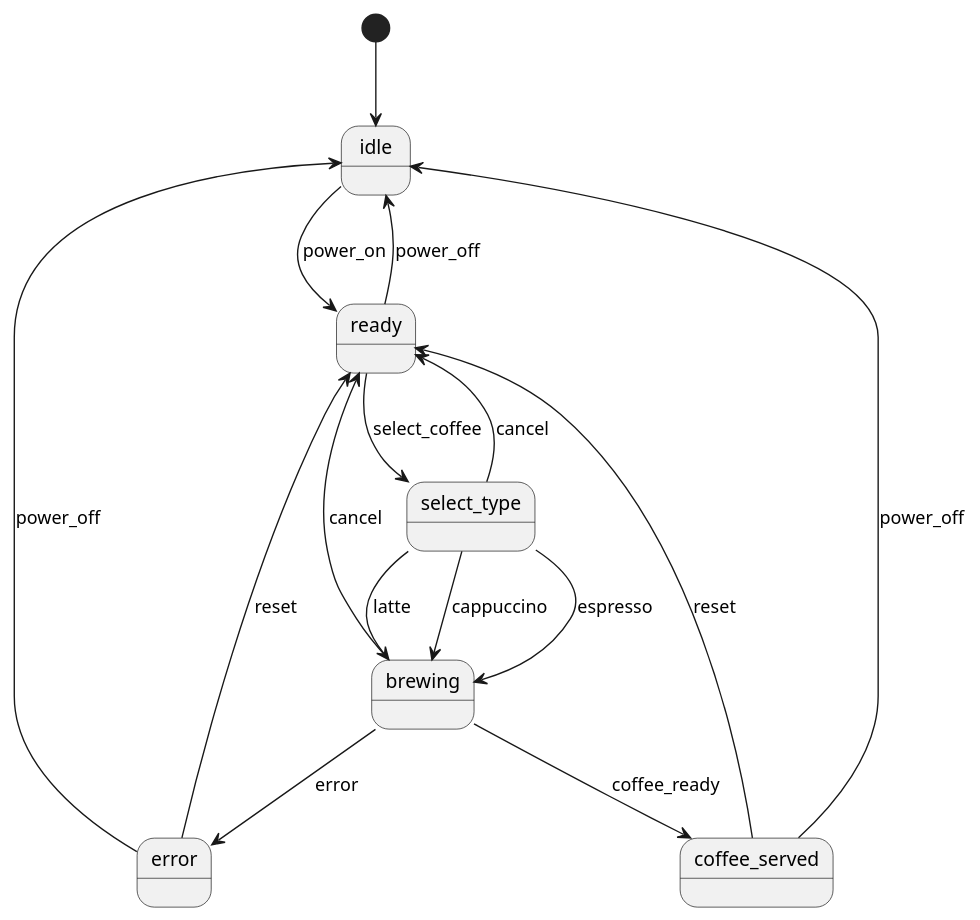
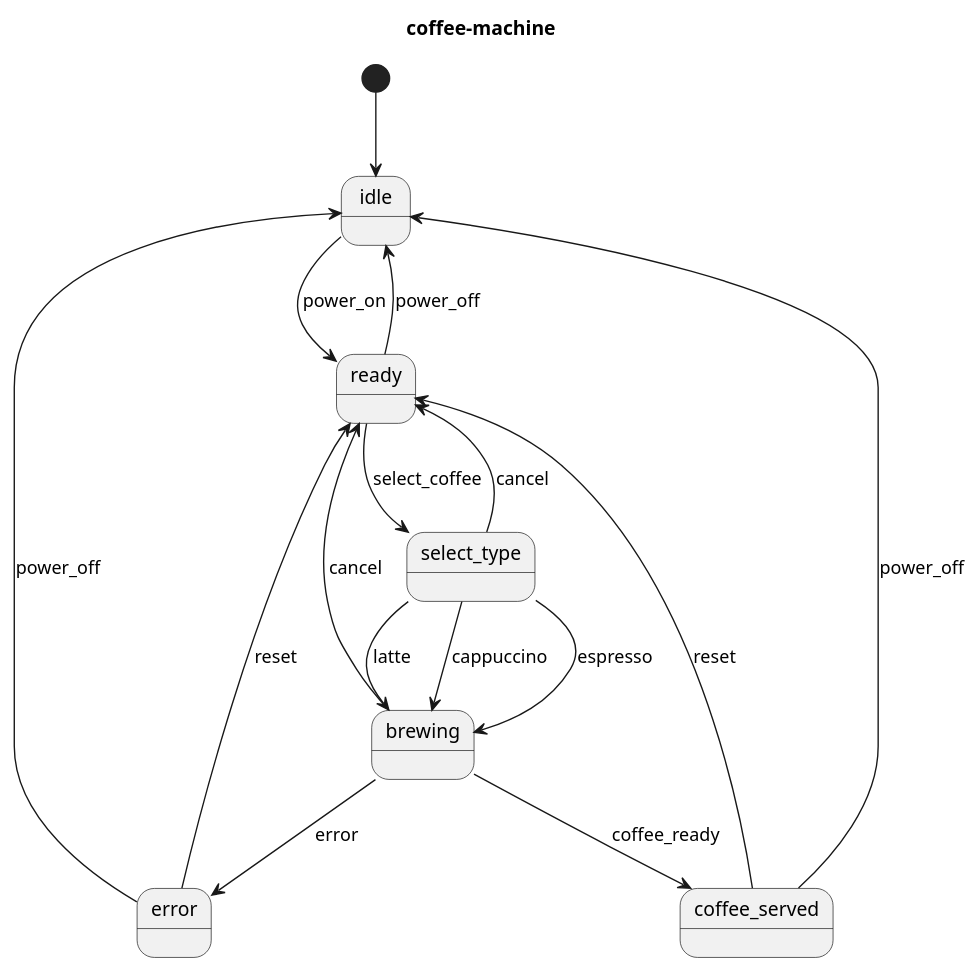
The diagram in example/coffee-machine.puml (vincedupuis/transplantUML), drawn with PlantUML before and after one commit. The commit also changed 17 other files, not shown here.

```diff
--- a/example/coffee-machine.puml
+++ b/example/coffee-machine.puml
@@ -1,23 +1,24 @@
 @startuml
+title coffee-machine
 [*] --> idle
 state idle
 state ready
 state select_type
 state brewing
 state error
 state coffee_served
 idle --> ready: power_on
 ready --> select_type: select_coffee
 ready --> idle: power_off
 select_type --> brewing: espresso
 select_type --> brewing: latte
 select_type --> brewing: cappuccino
 select_type --> ready: cancel
 brewing --> ready: cancel
 brewing --> error: error
 brewing --> coffee_served: coffee_ready
 error --> ready: reset
 error --> idle: power_off
 coffee_served --> idle: power_off
 coffee_served --> ready: reset
 @enduml
```
